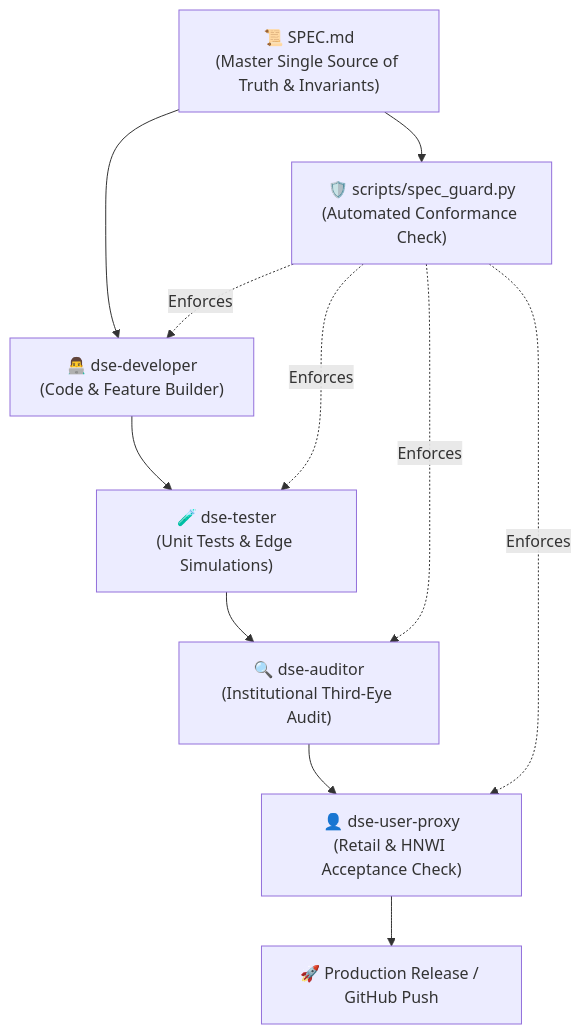
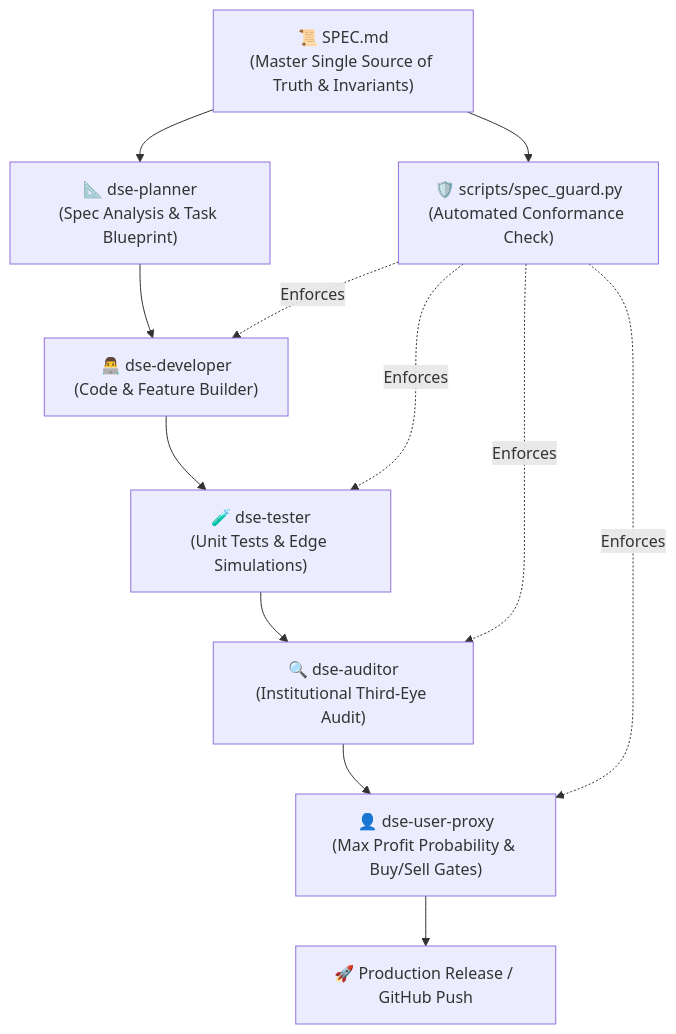
One commit to ashik1291/stock_market_expert_bd changed the diagram in README.md. Above: the diagram before and after it, drawn with Mermaid. The commit also changed other lines of this file and 19 other files, not shown here.

Commit message:
feat(agent): add dse-planner agent and user_proxy profit maximization engine (79/79 tests pass)

````diff
--- a/README.md
+++ b/README.md
@@ -132,12 +135,13 @@
 ```mermaid
 flowchart TD
     Spec["📜 SPEC.md<br/>(Master Single Source of Truth & Invariants)"] --> Guard["🛡️ scripts/spec_guard.py<br/>(Automated Conformance Check)"]
     
-    Spec --> Dev["👨‍💻 dse-developer<br/>(Code & Feature Builder)"]
+    Spec --> Plan["📐 dse-planner<br/>(Spec Analysis & Task Blueprint)"]
+    Plan --> Dev["👨‍💻 dse-developer<br/>(Code & Feature Builder)"]
     Dev --> Test["🧪 dse-tester<br/>(Unit Tests & Edge Simulations)"]
     Test --> Audit["🔍 dse-auditor<br/>(Institutional Third-Eye Audit)"]
-    Audit --> User["👤 dse-user-proxy<br/>(Retail & HNWI Acceptance Check)"]
+    Audit --> User["👤 dse-user-proxy<br/>(Max Profit Probability & Buy/Sell Gates)"]
     User --> Commit["🚀 Production Release / GitHub Push"]
     
     Guard -. Enforces .-> Dev & Test & Audit & User
 ```
````
